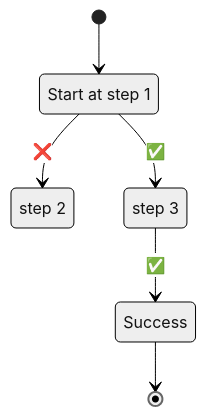
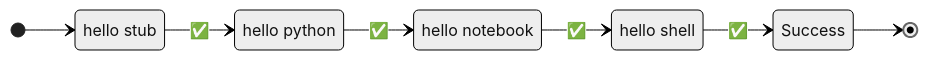
Before and after one commit to AstraZeneca/runnable: the diagram in docs/concepts/pipeline.md, drawn with Mermaid (neutral theme). The commit also changed other lines of this file and 35 other files, not shown here.

````diff
--- a/docs/concepts/pipeline.md
+++ b/docs/concepts/pipeline.md
@@ -176,14 +21,17 @@
-    ```mermaid
-    stateDiagram-v2
-        state "Start at step 1" as start_at
-        state "step 2" as step_2
-        state "step 3" as step_3
-        state "Success" as success
+```mermaid
+stateDiagram-v2
+    direction lr
+    state "hello stub" as start_at
+    state "hello python" as step_2
+    state "hello notebook" as step_3
+    state "hello shell" as step_4
+    state "Success" as success
 
 
-        [*] --> start_at
-        start_at --> step_2 : #10060;
-        start_at --> step_3 : #9989;
-        step_3 --> success : #9989;
-        success --> [*]
-    ```
+    [*] --> start_at
+    start_at --> step_2 : #9989;
+    step_2 --> step_3 : #9989;
+    step_3 --> step_4 : #9989;
+    step_4 --> success : #9989;
+    success --> [*]
+```
````
